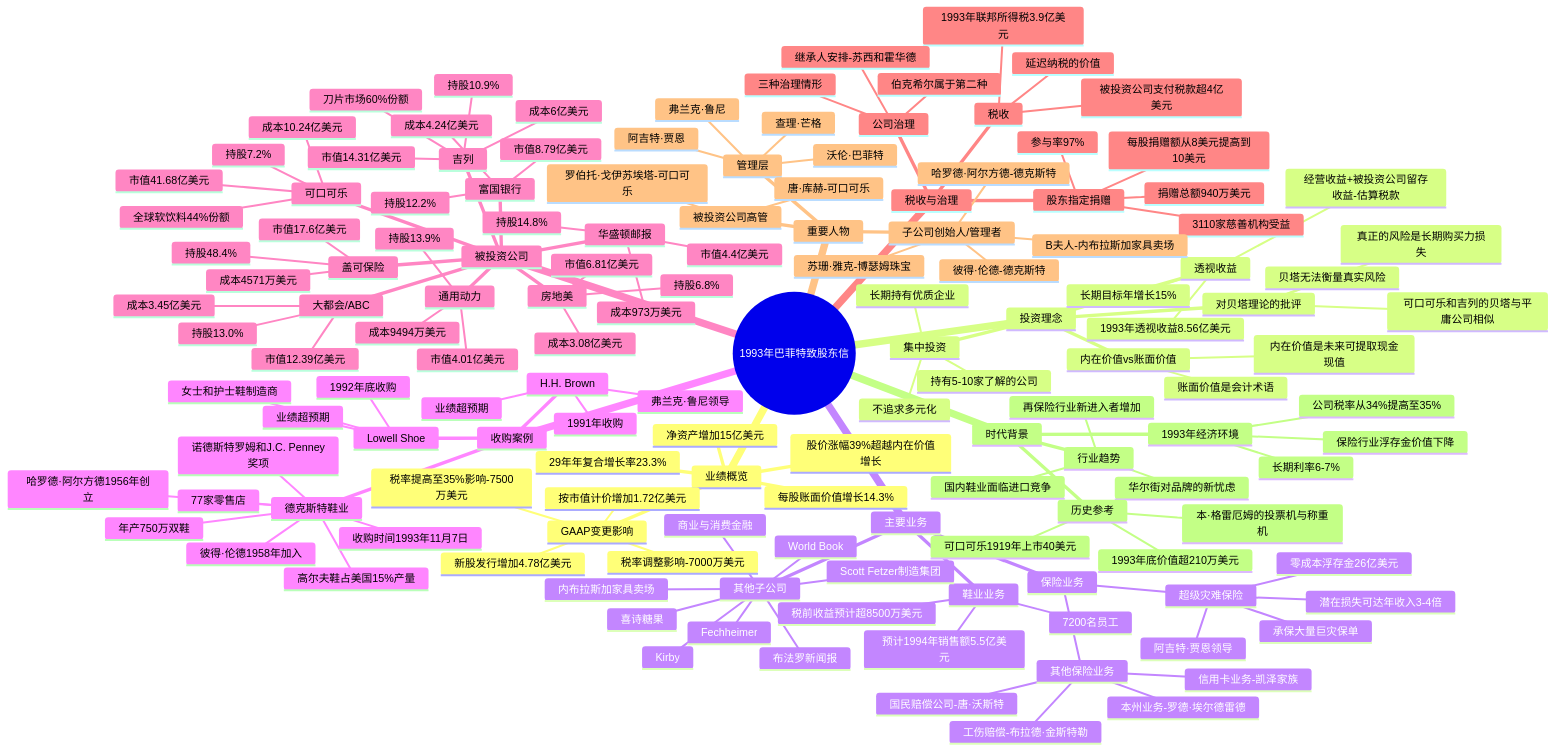
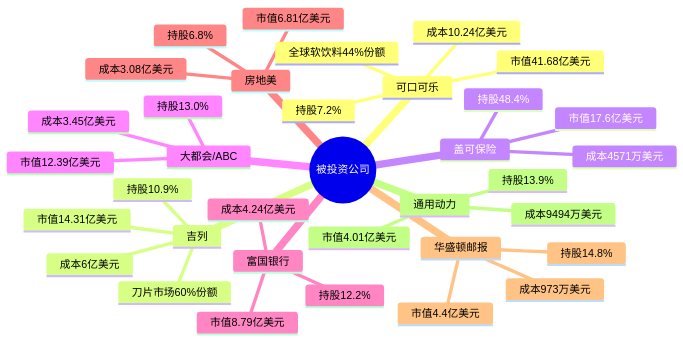
Before and after one commit to carllhm/buffett-knowledge-base: the sixth of 9 diagrams in docs/01_letters/1993年/思维导图.md, drawn with Mermaid. The commit also changed other lines of this file and 719 other files, not shown here.

Commit message:
思维导图重构：两级结构，总览+折叠子导图

````diff
--- a/docs/01_letters/1993年/思维导图.md
+++ b/docs/01_letters/1993年/思维导图.md
@@ -5,148 +173,38 @@
 ```mermaid
 mindmap
-  root((1993年巴菲特致股东信))
-    业绩概览
-      每股账面价值增长14.3%
-      29年年复合增长率23.3%
-      净资产增加15亿美元
-      GAAP变更影响
-        税率调整影响-7000万美元
-        税率提高至35%影响-7500万美元
-        按市值计价增加1.72亿美元
-        新股发行增加4.78亿美元
-      股价涨幅39%超越内在价值增长
-    投资理念
-      内在价值vs账面价值
-        账面价值是会计术语
-        内在价值是未来可提取现金现值
-      透视收益
-        经营收益+被投资公司留存收益-估算税款
-        1993年透视收益8.56亿美元
-        长期目标年增长15%
-      对贝塔理论的批评
-        贝塔无法衡量真实风险
-        可口可乐和吉列的贝塔与平庸公司相似
-        真正的风险是长期购买力损失
-      集中投资
-        不追求多元化
-        持有5-10家了解的公司
-        长期持有优质企业
-    主要业务
-      保险业务
-        超级灾难保险
-          阿吉特·贾恩领导
-          承保大量巨灾保单
-          零成本浮存金26亿美元
-          潜在损失可达年收入3-4倍
-        其他保险业务
-          本州业务-罗德·埃尔德雷德
-          工伤赔偿-布拉德·金斯特勒
-          信用卡业务-凯泽家族
-          国民赔偿公司-唐·沃斯特
-      鞋业业务
-        预计1994年销售额5.5亿美元
-        税前收益预计超8500万美元
-        7200名员工
-      其他子公司
-        布法罗新闻报
-        喜诗糖果
-        内布拉斯加家具卖场
-        Kirby
-        Scott Fetzer制造集团
-        World Book
-        Fechheimer
-        商业与消费金融
-    收购案例
-      德克斯特鞋业
-        收购时间1993年11月7日
-        哈罗德·阿尔方德1956年创立
-        彼得·伦德1958年加入
-        年产750万双鞋
-        77家零售店
-        高尔夫鞋占美国15%产量
-        诺德斯特罗姆和J.C. Penney奖项
-      H.H. Brown
-        1991年收购
-        弗兰克·鲁尼领导
-        业绩超预期
-      Lowell Shoe
-        1992年底收购
-        女士和护士鞋制造商
-        业绩超预期
-    被投资公司
-      可口可乐
-        持股7.2%
-        成本10.24亿美元
-        市值41.68亿美元
-        全球软饮料44%份额
-      吉列
-        持股10.9%
-        成本6亿美元
-        市值14.31亿美元
-        刀片市场60%份额
-      盖可保险
-        持股48.4%
-        成本4571万美元
-        市值17.6亿美元
-      大都会/ABC
-        持股13.0%
-        成本3.45亿美元
-        市值12.39亿美元
-      富国银行
-        持股12.2%
-        成本4.24亿美元
-        市值8.79亿美元
-      房地美
-        持股6.8%
-        成本3.08亿美元
-        市值6.81亿美元
-      华盛顿邮报
-        持股14.8%
-        成本973万美元
-        市值4.4亿美元
-      通用动力
-        持股13.9%
-        成本9494万美元
-        市值4.01亿美元
-    税收与治理
-      税收
-        1993年联邦所得税3.9亿美元
-        被投资公司支付税款超4亿美元
-        延迟纳税的价值
-      公司治理
-        三种治理情形
-        伯克希尔属于第二种
-        继承人安排-苏西和霍华德
-      股东指定捐赠
-        每股捐赠额从8美元提高到10美元
-        参与率97%
-        捐赠总额940万美元
-        3110家慈善机构受益
-    重要人物
-      管理层
-        沃伦·巴菲特
-        查理·芒格
-        阿吉特·贾恩
-        弗兰克·鲁尼
-      被投资公司高管
-        唐·库赫-可口可乐
-        罗伯托·戈伊苏埃塔-可口可乐
-      子公司创始人/管理者
-        B夫人-内布拉斯加家具卖场
-        苏珊·雅克-博瑟姆珠宝
-        哈罗德·阿尔方德-德克斯特
-        彼得·伦德-德克斯特
-    时代背景
-      1993年经济环境
-        长期利率6-7%
-        公司税率从34%提高至35%
-        保险行业浮存金价值下降
-      行业趋势
-        国内鞋业面临进口竞争
-        再保险行业新进入者增加
-        华尔街对品牌的新忧虑
-      历史参考
-        可口可乐1919年上市40美元
-        1993年底价值超210万美元
-        本·格雷厄姆的投票机与称重机
+  root((被投资公司))
+    可口可乐
+      持股7.2%
+      成本10.24亿美元
+      市值41.68亿美元
+      全球软饮料44%份额
+    吉列
+      持股10.9%
+      成本6亿美元
+      市值14.31亿美元
+      刀片市场60%份额
+    盖可保险
+      持股48.4%
+      成本4571万美元
+      市值17.6亿美元
+    大都会/ABC
+      持股13.0%
+      成本3.45亿美元
+      市值12.39亿美元
+    富国银行
+      持股12.2%
+      成本4.24亿美元
+      市值8.79亿美元
+    房地美
+      持股6.8%
+      成本3.08亿美元
+      市值6.81亿美元
+    华盛顿邮报
+      持股14.8%
+      成本973万美元
+      市值4.4亿美元
+    通用动力
+      持股13.9%
+      成本9494万美元
+      市值4.01亿美元
 ```
````
